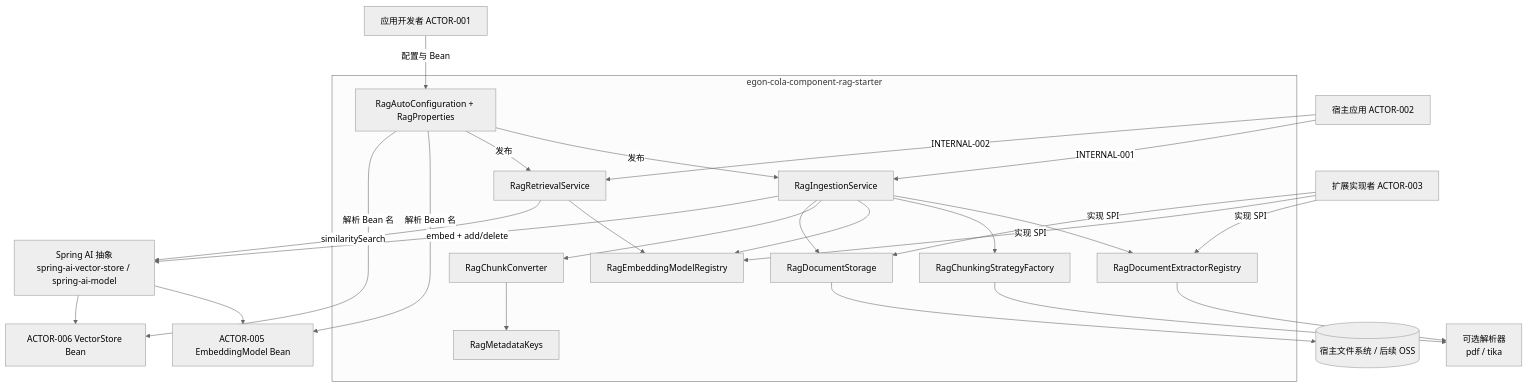
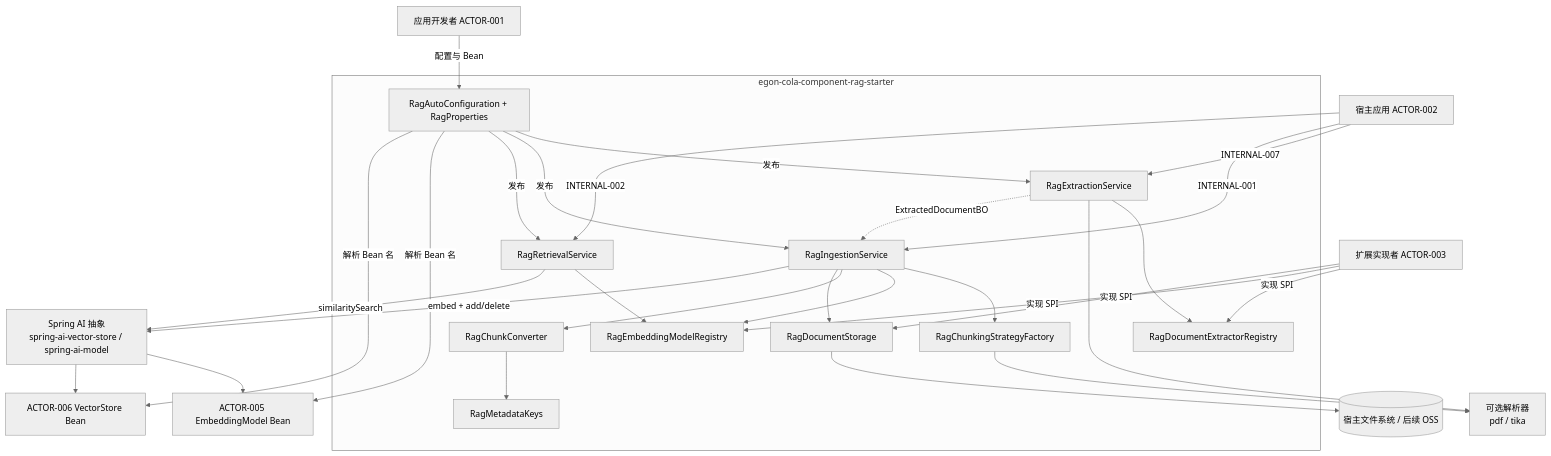
Before and after one commit to AllenDEricDAlexander/Egon-COLA: the second of 4 diagrams in docs/egon/spec/2026-09-10-11-34-egon-cola-component-rag-starter.md, drawn with Mermaid (neutral theme). The commit also changed other lines of this file, not shown here.

First line of the commit message:
docs(spec): split extraction from ingestion in rag component design

````diff
--- a/docs/egon/spec/2026-09-10-11-34-egon-cola-component-rag-starter.md
+++ b/docs/egon/spec/2026-09-10-11-34-egon-cola-component-rag-starter.md
@@ -362,52 +371,56 @@
 ```mermaid
 flowchart TB
     Host["宿主应用 ACTOR-002"]
     Dev["应用开发者 ACTOR-001"]
     Extender["扩展实现者 ACTOR-003"]
 
     Model["ACTOR-005 EmbeddingModel Bean"]
     Store["ACTOR-006 VectorStore Bean"]
     Fs[("宿主文件系统 / 后续 OSS")]
 
     subgraph Comp["egon-cola-component-rag-starter"]
         Auto["RagAutoConfiguration + RagProperties"]
+        Extract["RagExtractionService"]
         Ingest["RagIngestionService"]
         Retrieve["RagRetrievalService"]
         ExReg["RagDocumentExtractorRegistry"]
         ChunkFac["RagChunkingStrategyFactory"]
         ModelReg["RagEmbeddingModelRegistry"]
         Storage["RagDocumentStorage"]
         Conv["RagChunkConverter"]
         Keys["RagMetadataKeys"]
     end
 
     SAI["Spring AI 抽象<br/>spring-ai-vector-store / spring-ai-model"]
     Opt["可选解析器<br/>pdf / tika"]
 
     Dev -->|"配置与 Bean"| Auto
     Extender -->|"实现 SPI"| ExReg
     Extender -->|"实现 SPI"| ModelReg
     Extender -->|"实现 SPI"| Storage
+    Host -->|"INTERNAL-007"| Extract
     Host -->|"INTERNAL-001"| Ingest
     Host -->|"INTERNAL-002"| Retrieve
 
+    Auto -->|"发布"| Extract
     Auto -->|"发布"| Ingest
     Auto -->|"发布"| Retrieve
     Auto -->|"解析 Bean 名"| Model
     Auto -->|"解析 Bean 名"| Store
 
-    Ingest --> ExReg
+    Extract --> ExReg
+    Extract --> Opt
+    Extract -.->|"ExtractedDocumentBO"| Ingest
     Ingest --> ChunkFac
     Ingest --> ModelReg
     ChunkFac --> Opt
-    ExReg --> Opt
     Ingest --> Conv
     Ingest --> Storage
     Retrieve --> ModelReg
     Ingest -->|"embed + add/delete"| SAI
     Retrieve -->|"similaritySearch"| SAI
     Conv --> Keys
     SAI --> Model
     SAI --> Store
     Storage --> Fs
 ```
````
